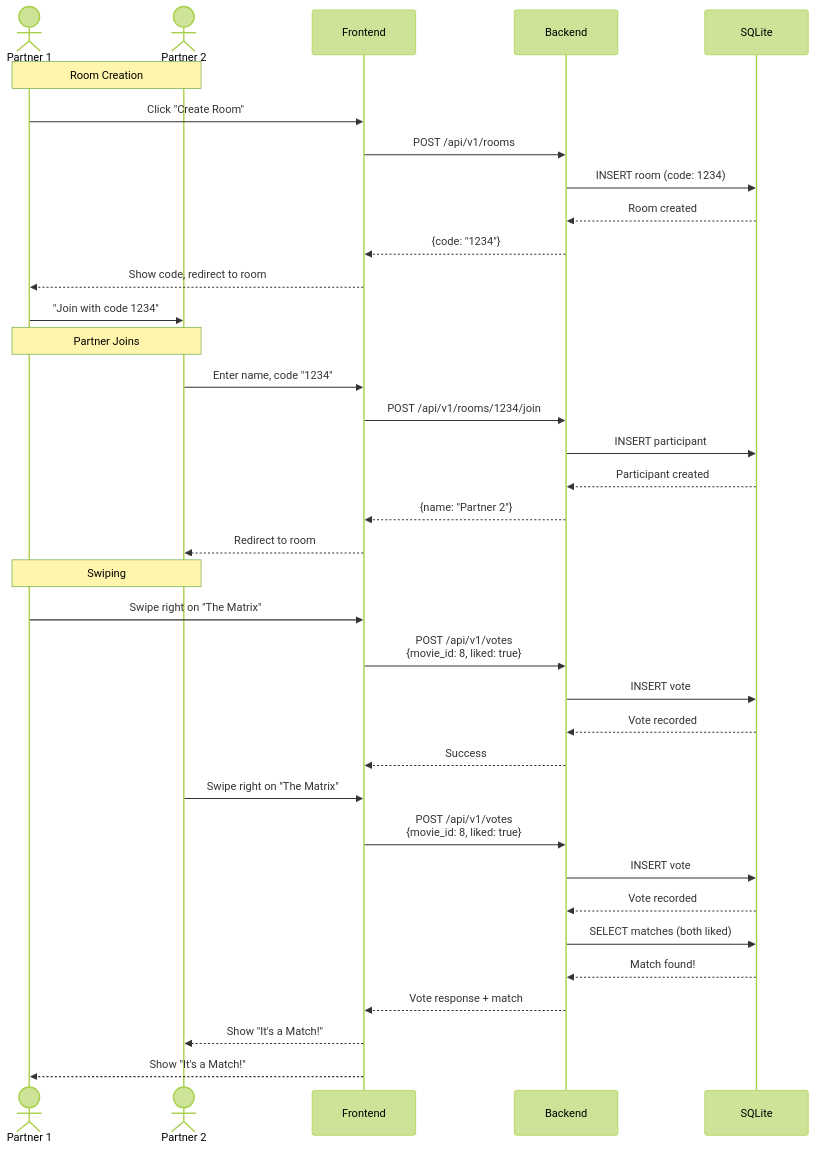
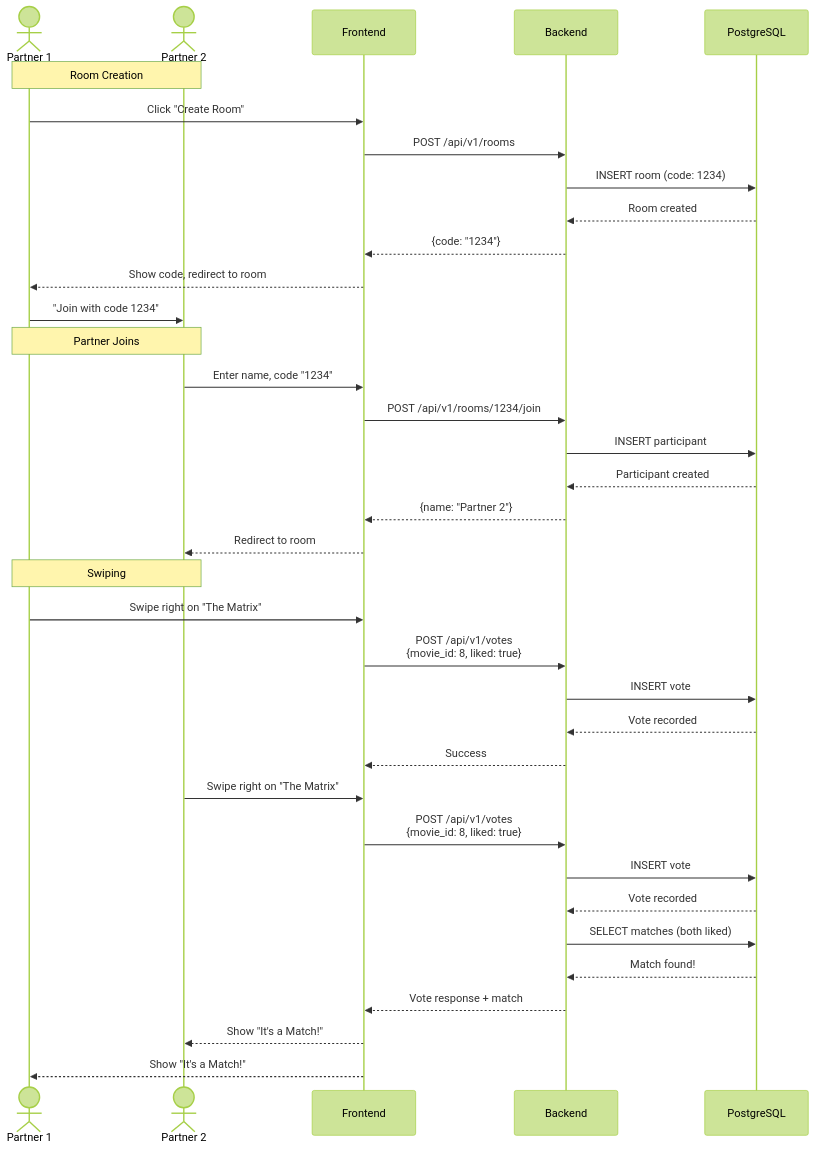
The fourth of 5 diagrams in docs/architecture/overview.md (umans-ai/cinematch), drawn with Mermaid (forest theme) before and after one commit. The commit also changed other lines of this file, not shown here.

Commit message:
docs: update architecture overview for PostgreSQL and VPC per env 📝

````diff
--- a/docs/architecture/overview.md
+++ b/docs/architecture/overview.md
@@ -137,42 +137,42 @@
 ```mermaid
 sequenceDiagram
     actor P1 as Partner 1
     actor P2 as Partner 2
     participant FE as Frontend
     participant BE as Backend
-    participant DB as SQLite
+    participant DB as PostgreSQL
 
     Note over P1,P2: Room Creation
     P1->>FE: Click "Create Room"
     FE->>BE: POST /api/v1/rooms
     BE->>DB: INSERT room (code: 1234)
     DB-->>BE: Room created
     BE-->>FE: {code: "1234"}
     FE-->>P1: Show code, redirect to room
     P1->>P2: "Join with code 1234"
 
     Note over P1,P2: Partner Joins
     P2->>FE: Enter name, code "1234"
     FE->>BE: POST /api/v1/rooms/1234/join
     BE->>DB: INSERT participant
     DB-->>BE: Participant created
     BE-->>FE: {name: "Partner 2"}
     FE-->>P2: Redirect to room
 
     Note over P1,P2: Swiping
     P1->>FE: Swipe right on "The Matrix"
     FE->>BE: POST /api/v1/votes<br/>{movie_id: 8, liked: true}
     BE->>DB: INSERT vote
     DB-->>BE: Vote recorded
     BE-->>FE: Success
 
     P2->>FE: Swipe right on "The Matrix"
     FE->>BE: POST /api/v1/votes<br/>{movie_id: 8, liked: true}
     BE->>DB: INSERT vote
     DB-->>BE: Vote recorded
     BE->>DB: SELECT matches (both liked)
     DB-->>BE: Match found!
     BE-->>FE: Vote response + match
     FE-->>P2: Show "It's a Match!"
     FE-->>P1: Show "It's a Match!"
 ```
````
